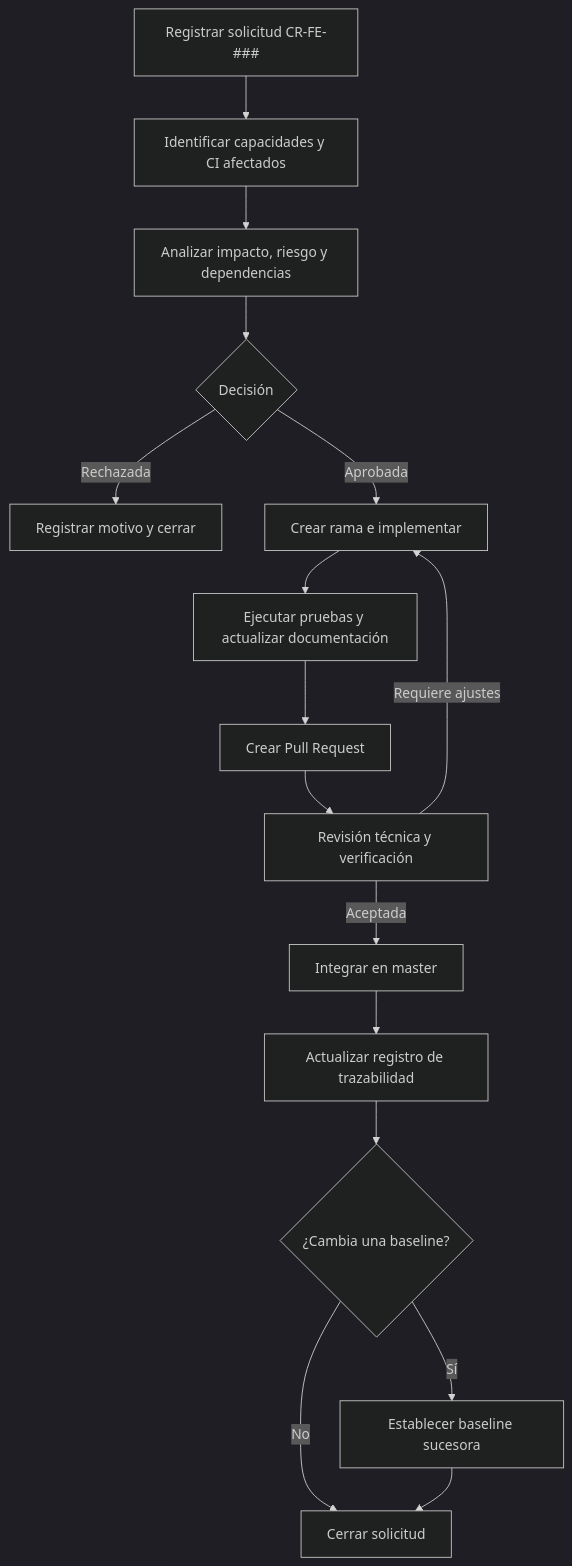
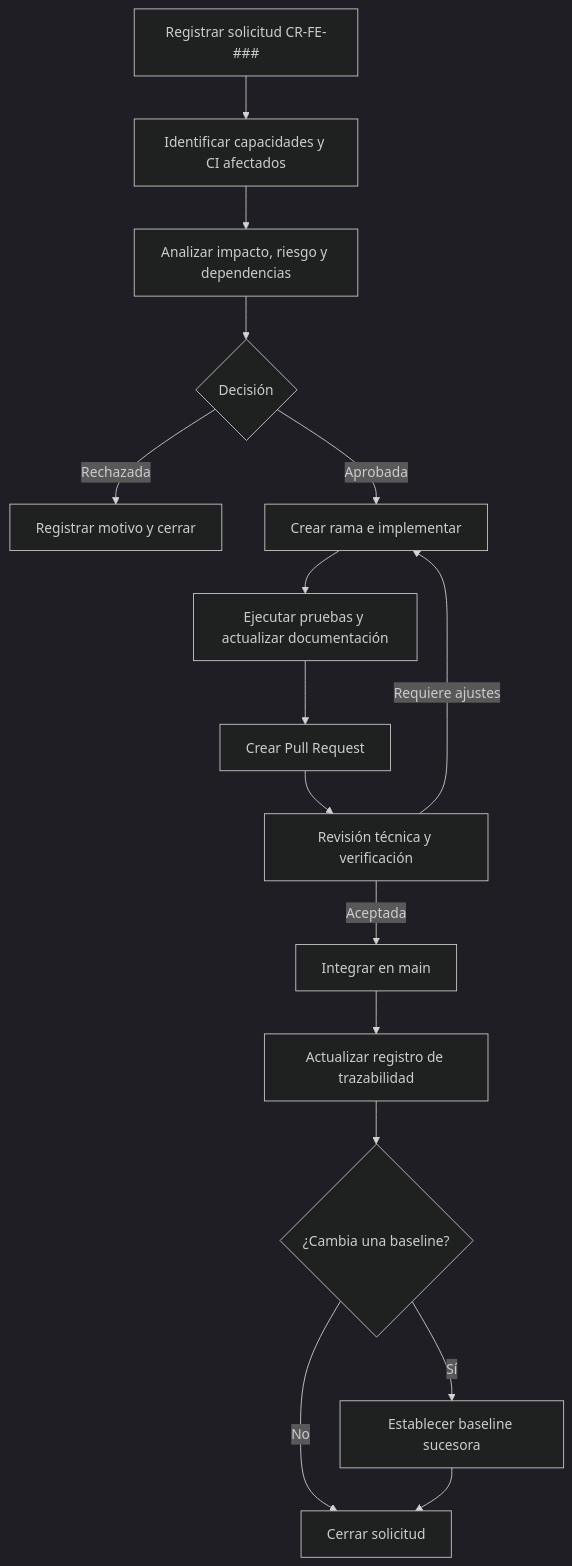
Before and after one commit to sergioing1000/dgsites: the diagram in docs/gestion-configuracion/README.md, drawn with Mermaid (dark theme). The commit also changed other lines of this file and 3 other files, not shown here.

````diff
--- a/docs/gestion-configuracion/README.md
+++ b/docs/gestion-configuracion/README.md
@@ -24,18 +24,18 @@
 ```mermaid
 flowchart TD
     A["Registrar solicitud CR-FE-###"] --> B["Identificar capacidades y CI afectados"]
     B --> C["Analizar impacto, riesgo y dependencias"]
     C --> D{"Decisión"}
     D -->|Rechazada| E["Registrar motivo y cerrar"]
     D -->|Aprobada| F["Crear rama e implementar"]
     F --> G["Ejecutar pruebas y actualizar documentación"]
     G --> H["Crear Pull Request"]
     H --> I["Revisión técnica y verificación"]
     I -->|Requiere ajustes| F
-    I -->|Aceptada| J["Integrar en master"]
+    I -->|Aceptada| J["Integrar en main"]
     J --> K["Actualizar registro de trazabilidad"]
     K --> L{"¿Cambia una baseline?"}
     L -->|No| M["Cerrar solicitud"]
     L -->|Sí| N["Establecer baseline sucesora"]
     N --> M
 ```
````
